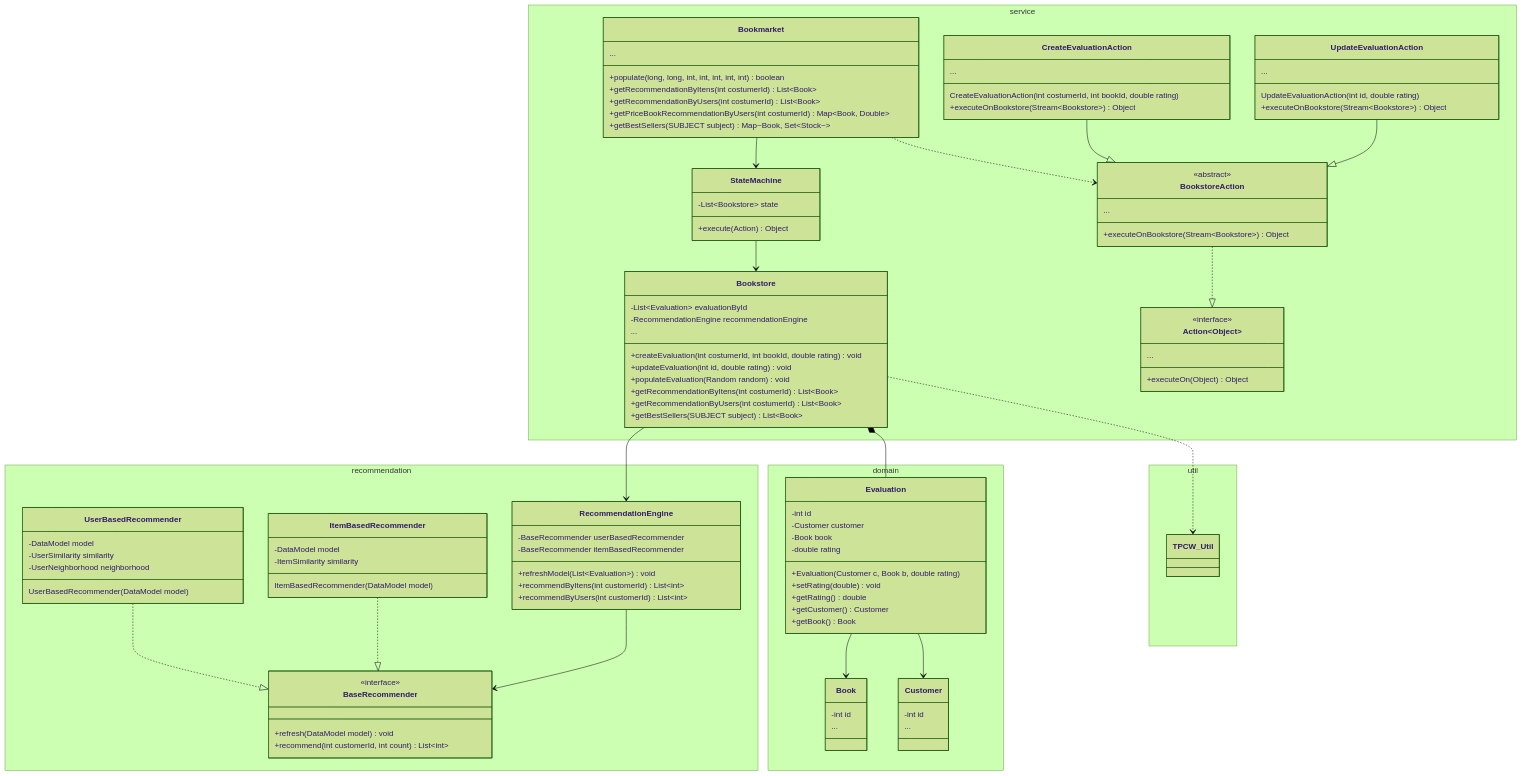
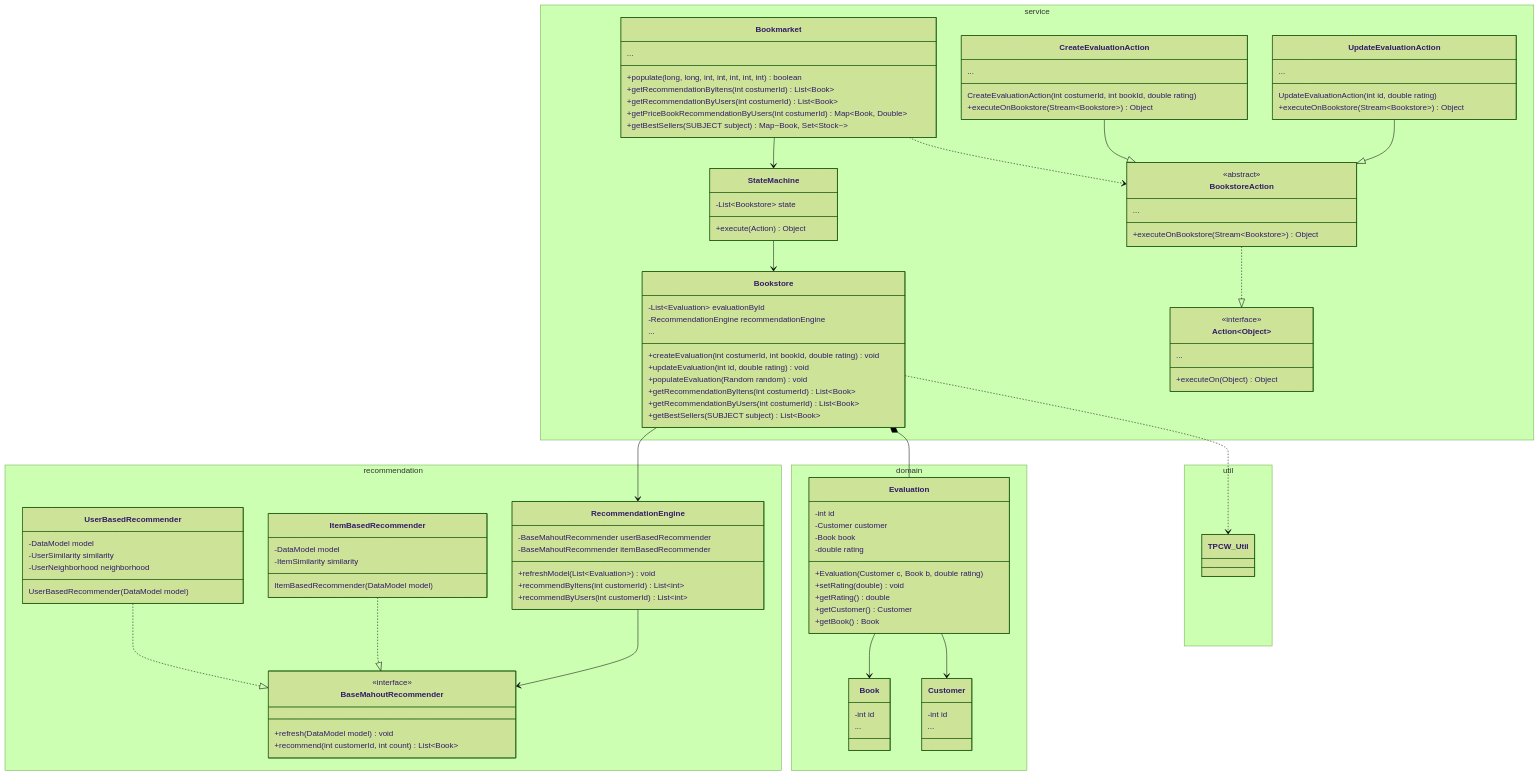
The diagram in README.md (melissamcarvalho/inf329-bookmarket), drawn with Mermaid (forest theme) before and after one commit. The commit also changed 4 other files, not shown here.

Commit message:
Rename BaseRecommender to BaseMahoutRecommender for consistency

```diff
--- a/README.md
+++ b/README.md
@@ -42,10 +42,10 @@
     }
 
     namespace recommendation {
-        class BaseRecommender {
+        class BaseMahoutRecommender {
             <<interface>>
             +refresh(DataModel model) void
-            +recommend(int customerId, int count) List~int~
+            +recommend(int customerId, int count) List~Book~
         }
 
         class UserBasedRecommender {
@@ -62,8 +62,8 @@
         }
 
         class RecommendationEngine  {
-            -BaseRecommender userBasedRecommender
-            -BaseRecommender itemBasedRecommender
+            -BaseMahoutRecommender userBasedRecommender
+            -BaseMahoutRecommender itemBasedRecommender
             +refreshModel(List~Evaluation~) void
             +recommendByItens(int customerId) List~int~
             +recommendByUsers(int customerId) List~int~
@@ -123,9 +123,9 @@
     }
 
     Bookstore --> RecommendationEngine
-    RecommendationEngine --> BaseRecommender
-    UserBasedRecommender ..|> BaseRecommender
-    ItemBasedRecommender ..|> BaseRecommender
+    RecommendationEngine --> BaseMahoutRecommender
+    UserBasedRecommender ..|> BaseMahoutRecommender
+    ItemBasedRecommender ..|> BaseMahoutRecommender
 
 %% Relacionamentos do Dominio
     Evaluation --> Book
```
